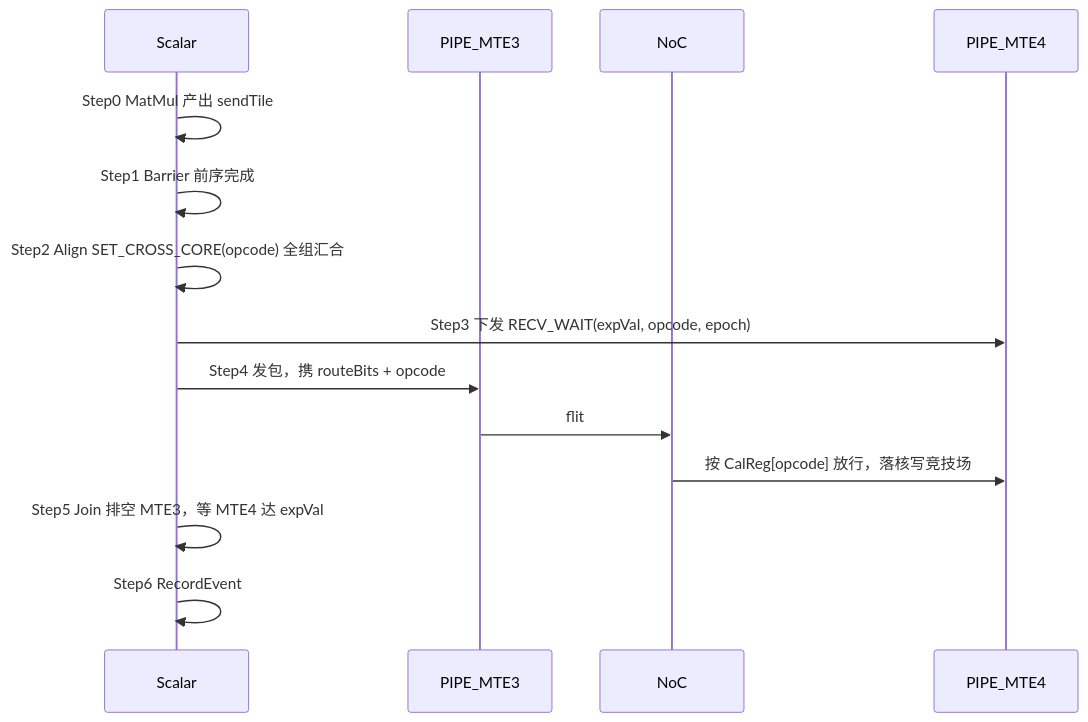
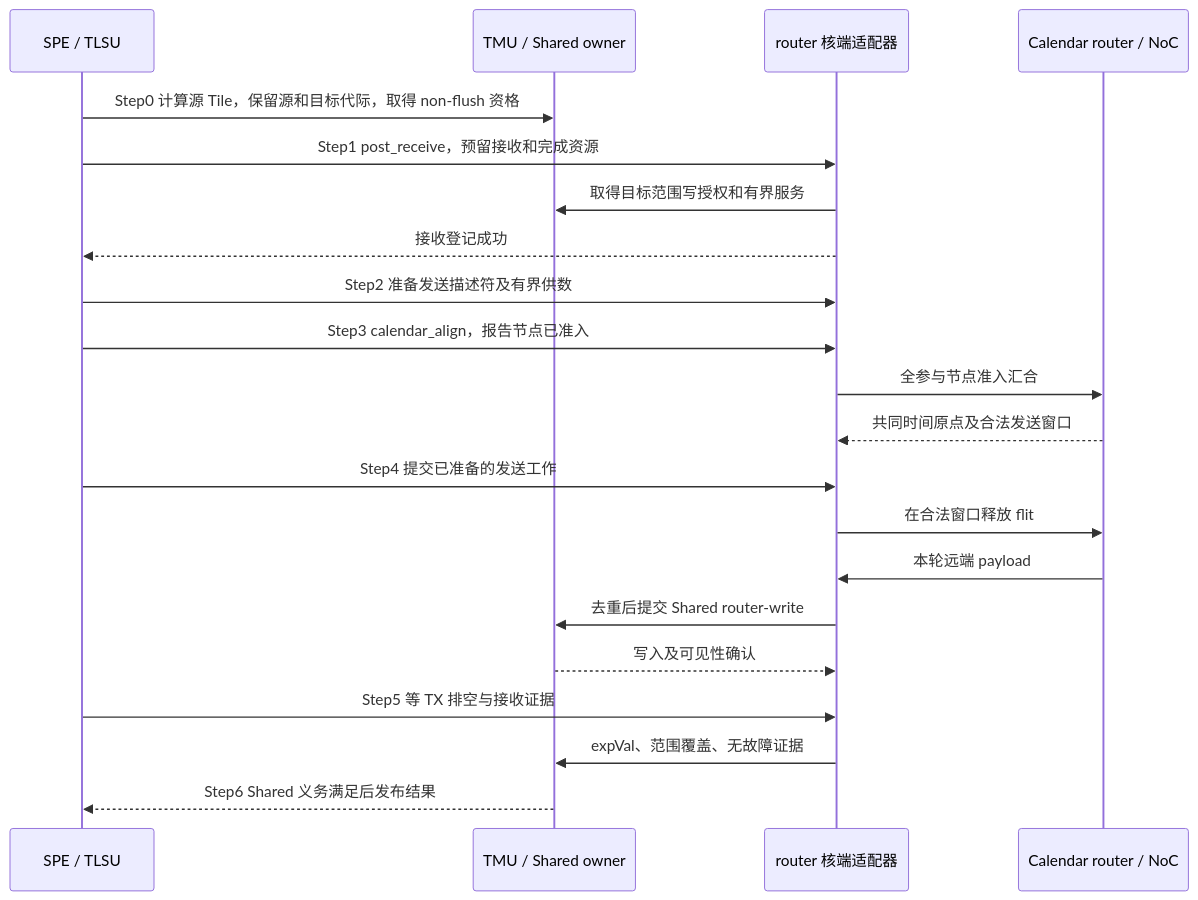
One commit to PTO-ISA/wse-model changed the sixth of 12 diagrams in docs/design/wse-system-architecture-whitepaper.md. Above: the diagram before and after it, drawn with Mermaid. The commit also changed other lines of this file and 9 other files, not shown here.

````diff
--- a/docs/design/wse-system-architecture-whitepaper.md
+++ b/docs/design/wse-system-architecture-whitepaper.md
@@ -554,16 +553,23 @@
 ```mermaid
 sequenceDiagram
-  participant S as Scalar
-  participant M3 as PIPE_MTE3
-  participant N as NoC
-  participant M4 as PIPE_MTE4
-  S->>S: Step0 MatMul 产出 sendTile
-  S->>S: Step1 Barrier 前序完成
-  S->>S: Step2 Align SET_CROSS_CORE(opcode) 全组汇合
-  S->>M4: Step3 下发 RECV_WAIT(expVal, opcode, epoch)
-  S->>M3: Step4 发包，携 routeBits + opcode
-  M3->>N: flit
-  N->>M4: 按 CalReg[opcode] 放行，落核写竞技场
-  S->>S: Step5 Join 排空 MTE3，等 MTE4 达 expVal
-  S->>S: Step6 RecordEvent
+  participant C as SPE / TLSU
+  participant T as TMU / Shared owner
+  participant A as router 核端适配器
+  participant N as Calendar router / NoC
+  C->>T: Step0 计算源 Tile，保留源和目标代际，取得 non-flush 资格
+  C->>A: Step1 post_receive，预留接收和完成资源
+  A->>T: 取得目标范围写授权和有界服务
+  A-->>C: 接收登记成功
+  C->>A: Step2 准备发送描述符及有界供数
+  C->>A: Step3 calendar_align，报告节点已准入
+  A->>N: 全参与节点准入汇合
+  N-->>A: 共同时间原点及合法发送窗口
+  C->>A: Step4 提交已准备的发送工作
+  A->>N: 在合法窗口释放 flit
+  N->>A: 本轮远端 payload
+  A->>T: 去重后提交 Shared router-write
+  T-->>A: 写入及可见性确认
+  C->>A: Step5 等 TX 排空与接收证据
+  A->>T: expVal、范围覆盖、无故障证据
+  T-->>C: Step6 Shared 义务满足后发布结果
 ```
````
